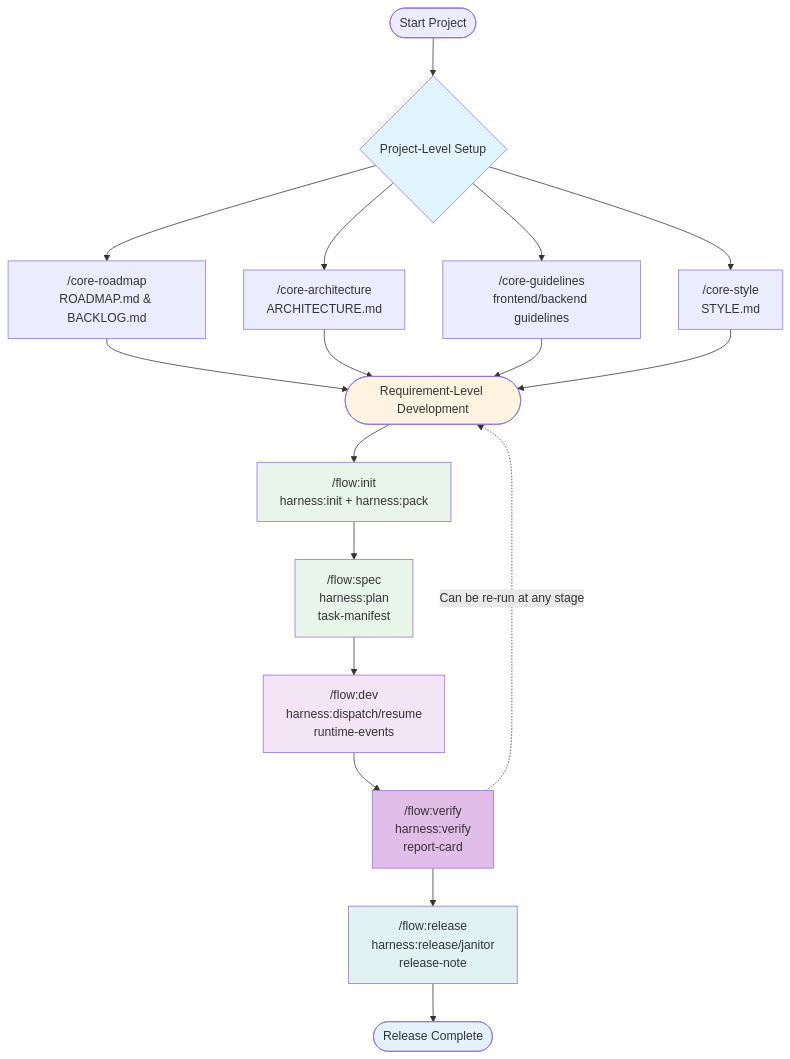
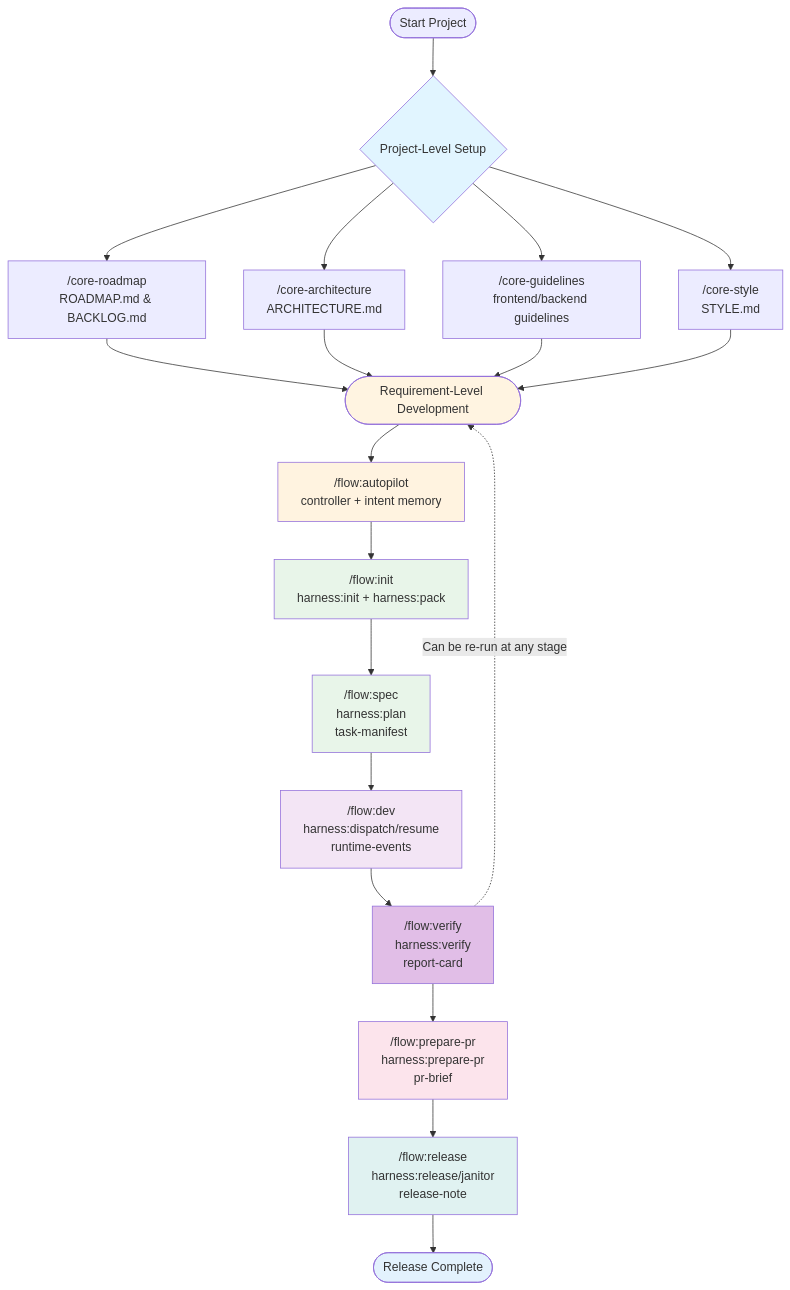
The diagram in README.md (Dimon94/cc-devflow), drawn with Mermaid before and after one commit. The commit also changed other lines of this file, not shown here.

````diff
--- a/README.md
+++ b/README.md
@@ -312,32 +312,36 @@
 ```mermaid
 graph TB
     Start([Start Project]) --> ProjectLevel{Project-Level Setup}
 
     ProjectLevel --> CoreRoadmap["/core-roadmap<br/>ROADMAP.md & BACKLOG.md"]
     ProjectLevel --> CoreArch["/core-architecture<br/>ARCHITECTURE.md"]
     ProjectLevel --> CoreGuidelines["/core-guidelines<br/>frontend/backend guidelines"]
     ProjectLevel --> CoreStyle["/core-style<br/>STYLE.md"]
 
     CoreRoadmap --> ReqLevel
     CoreArch --> ReqLevel
     CoreGuidelines --> ReqLevel
     CoreStyle --> ReqLevel
 
-    ReqLevel([Requirement-Level Development]) --> FlowInit["/flow:init<br/>harness:init + harness:pack"]
+    ReqLevel([Requirement-Level Development]) --> FlowAutopilot["/flow:autopilot<br/>controller + intent memory"]
+    FlowAutopilot --> FlowInit["/flow:init<br/>harness:init + harness:pack"]
     FlowInit --> FlowSpec["/flow:spec<br/>harness:plan<br/>task-manifest"]
     FlowSpec --> FlowDev["/flow:dev<br/>harness:dispatch/resume<br/>runtime-events"]
     FlowDev --> FlowVerify["/flow:verify<br/>harness:verify<br/>report-card"]
-    FlowVerify --> FlowRelease["/flow:release<br/>harness:release/janitor<br/>release-note"]
+    FlowVerify --> FlowPreparePr["/flow:prepare-pr<br/>harness:prepare-pr<br/>pr-brief"]
+    FlowPreparePr --> FlowRelease["/flow:release<br/>harness:release/janitor<br/>release-note"]
     FlowRelease --> End([Release Complete])
 
     FlowVerify -.->|Can be re-run at any stage| ReqLevel
 
     style ProjectLevel fill:#e1f5ff
     style ReqLevel fill:#fff4e1
+    style FlowAutopilot fill:#fff3e0
     style FlowInit fill:#e8f5e9
     style FlowSpec fill:#e8f5e9
     style FlowDev fill:#f3e5f5
     style FlowVerify fill:#e1bee7
+    style FlowPreparePr fill:#fce4ec
     style FlowRelease fill:#e0f2f1
     style End fill:#e3f2fd
 ```
````
